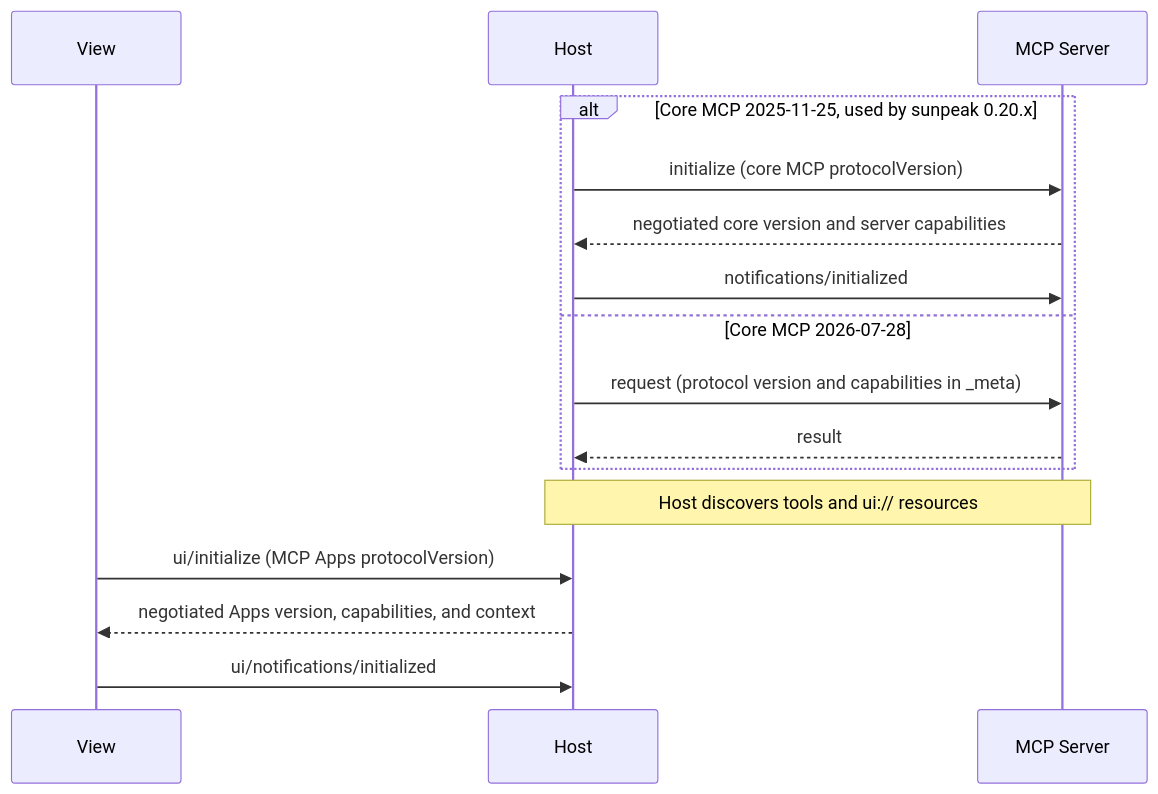
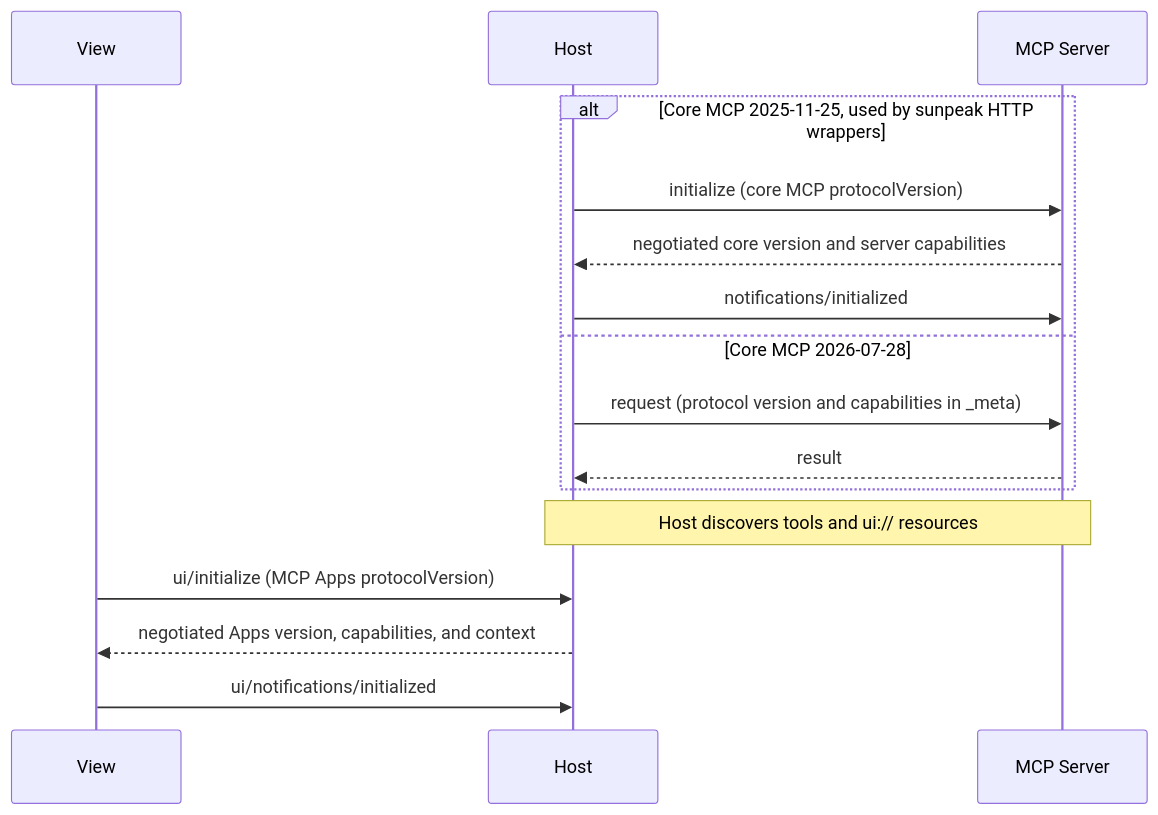
Before and after one commit to Alignbase/sunpeak: the diagram in docs/mcp-apps/protocol-versions.mdx, drawn with Mermaid. The commit also changed other lines of this file and 80 other files, not shown here.

````diff
--- a/docs/mcp-apps/protocol-versions.mdx
+++ b/docs/mcp-apps/protocol-versions.mdx
@@ -51,21 +51,21 @@
 ```mermaid
 sequenceDiagram
     participant V as View
     participant H as Host
     participant S as MCP Server
 
-    alt Core MCP 2025-11-25, used by sunpeak 0.20.x
+    alt Core MCP 2025-11-25, used by sunpeak HTTP wrappers
         H->>S: initialize (core MCP protocolVersion)
         S-->>H: negotiated core version and server capabilities
         H->>S: notifications/initialized
     else Core MCP 2026-07-28
         H->>S: request (protocol version and capabilities in _meta)
         S-->>H: result
     end
 
     Note over H,S: Host discovers tools and ui:// resources
 
     V->>H: ui/initialize (MCP Apps protocolVersion)
     H-->>V: negotiated Apps version, capabilities, and context
     V->>H: ui/notifications/initialized
 ```
````
